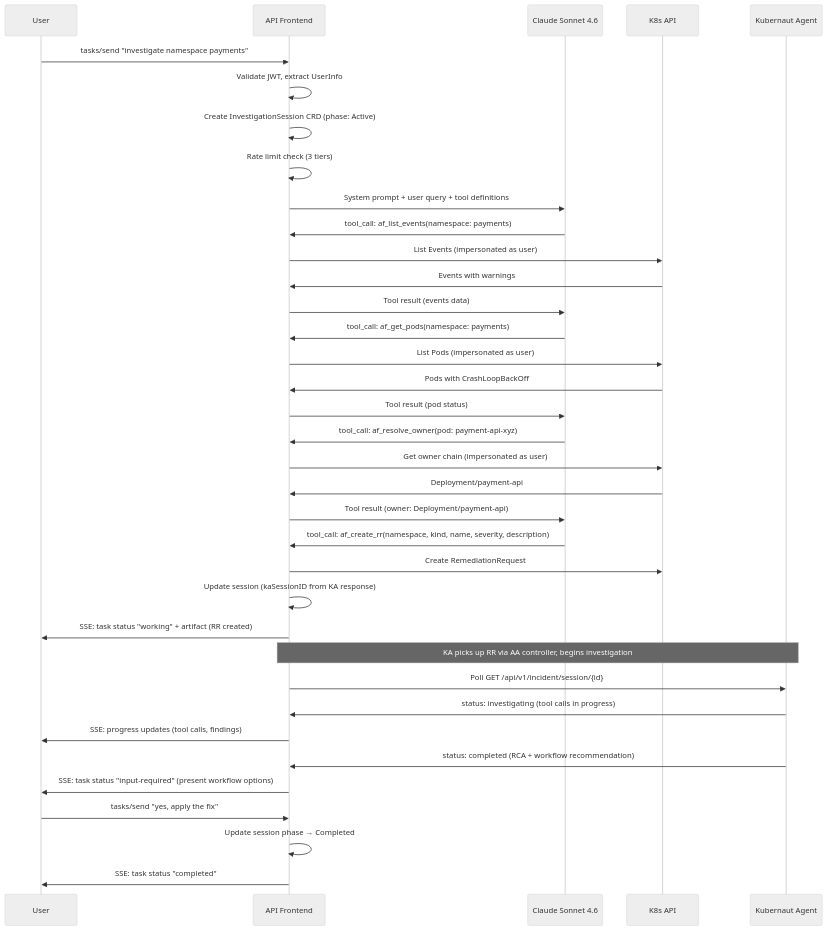
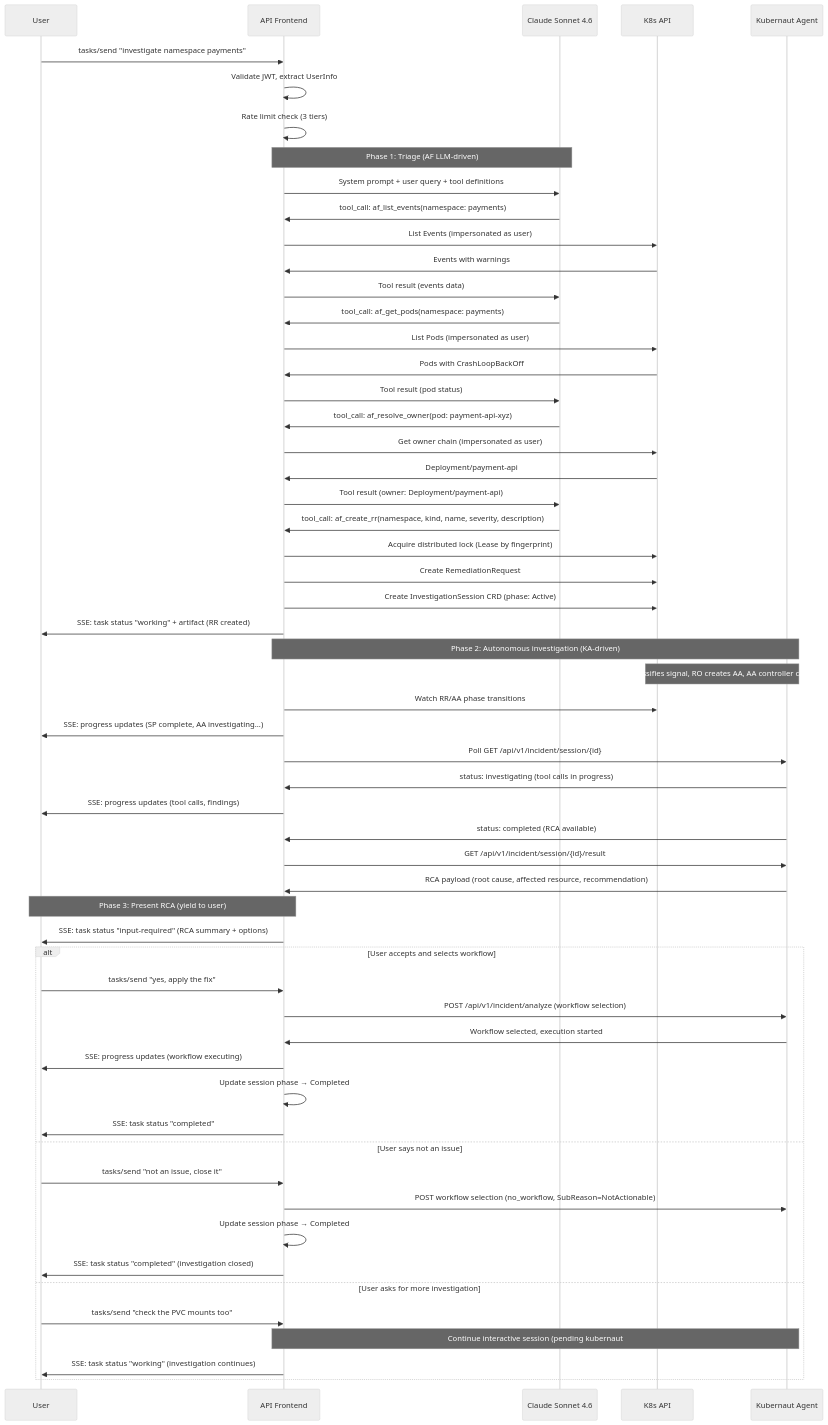
The third of 7 diagrams in docs/design/ARCHITECTURE.md (jordigilh/kubernaut), drawn with Mermaid (neutral theme) before and after one commit. The commit also changed other lines of this file and 1 other file, not shown here.

Commit message:
docs: fix 8 discrepancies between docs and design plans
D1: Correct pkg/gateway/fingerprint to pkg/gateway/types (verified
    against KA source — ResolveFingerprint lives in package types)
D4: Move InvestigationSession creation to after RR creation in
    Flow 1 sequence diagram (triage must confirm issue first)
D5: Add Phase 2 interactive REST endpoints (takeover, message,
    cancel) as pending kubernaut#874 in KA REST API contract
D6: Remove duplicate cleanup controller from internal/session/
    (keep controller-runtime convention in internal/controller/)
D7: Expand Flow 1 to show RCA presentation with 3 user choices
    (accept workflow, not-an-issue, keep investigating)
D8: Rename af_check_managed to af_check_existing_rr (dedup only;
    scope checking is internal, not an LLM tool)
D9: Add pkg/gateway/processing to ADR-009 import list

D2+D3 resolved: 30 req/min and 10 concurrent confirmed as canonical
defaults (ARCHITECTURE.md already had correct values).

````diff
--- a/docs/design/ARCHITECTURE.md
+++ b/docs/design/ARCHITECTURE.md
@@ -238,39 +237,64 @@
 ```mermaid
 sequenceDiagram
     participant User
     participant AF as API Frontend
     participant LLM as Claude Sonnet 4.6
     participant K8s as K8s API
     participant KA as Kubernaut Agent
 
     User->>AF: tasks/send "investigate namespace payments"
     AF->>AF: Validate JWT, extract UserInfo
-    AF->>AF: Create InvestigationSession CRD (phase: Active)
     AF->>AF: Rate limit check (3 tiers)
+
+    Note over AF,LLM: Phase 1: Triage (AF LLM-driven)
     AF->>LLM: System prompt + user query + tool definitions
     LLM->>AF: tool_call: af_list_events(namespace: payments)
     AF->>K8s: List Events (impersonated as user)
     K8s->>AF: Events with warnings
     AF->>LLM: Tool result (events data)
     LLM->>AF: tool_call: af_get_pods(namespace: payments)
     AF->>K8s: List Pods (impersonated as user)
     K8s->>AF: Pods with CrashLoopBackOff
     AF->>LLM: Tool result (pod status)
     LLM->>AF: tool_call: af_resolve_owner(pod: payment-api-xyz)
     AF->>K8s: Get owner chain (impersonated as user)
     K8s->>AF: Deployment/payment-api
     AF->>LLM: Tool result (owner: Deployment/payment-api)
     LLM->>AF: tool_call: af_create_rr(namespace, kind, name, severity, description)
+    AF->>K8s: Acquire distributed lock (Lease by fingerprint)
     AF->>K8s: Create RemediationRequest
-    AF->>AF: Update session (kaSessionID from KA response)
+    AF->>K8s: Create InvestigationSession CRD (phase: Active)
     AF->>User: SSE: task status "working" + artifact (RR created)
-    Note over AF,KA: KA picks up RR via AA controller, begins investigation
+
+    Note over AF,KA: Phase 2: Autonomous investigation (KA-driven)
+    Note over K8s,KA: SP classifies signal, RO creates AA, AA controller calls KA
+    AF->>K8s: Watch RR/AA phase transitions
+    AF->>User: SSE: progress updates (SP complete, AA investigating...)
     AF->>KA: Poll GET /api/v1/incident/session/{id}
     KA->>AF: status: investigating (tool calls in progress)
     AF->>User: SSE: progress updates (tool calls, findings)
-    KA->>AF: status: completed (RCA + workflow recommendation)
-    AF->>User: SSE: task status "input-required" (present workflow options)
-    User->>AF: tasks/send "yes, apply the fix"
-    AF->>AF: Update session phase → Completed
-    AF->>User: SSE: task status "completed"
+    KA->>AF: status: completed (RCA available)
+    AF->>KA: GET /api/v1/incident/session/{id}/result
+    KA->>AF: RCA payload (root cause, affected resource, recommendation)
+
+    Note over AF,User: Phase 3: Present RCA (yield to user)
+    AF->>User: SSE: task status "input-required" (RCA summary + options)
+
+    alt User accepts and selects workflow
+        User->>AF: tasks/send "yes, apply the fix"
+        AF->>KA: POST /api/v1/incident/analyze (workflow selection)
+        KA->>AF: Workflow selected, execution started
+        AF->>User: SSE: progress updates (workflow executing)
+        AF->>AF: Update session phase → Completed
+        AF->>User: SSE: task status "completed"
+    else User says not an issue
+        User->>AF: tasks/send "not an issue, close it"
+        AF->>KA: POST workflow selection (no_workflow, SubReason=NotActionable)
+        AF->>AF: Update session phase → Completed
+        AF->>User: SSE: task status "completed" (investigation closed)
+    else User asks for more investigation
+        User->>AF: tasks/send "check the PVC mounts too"
+        Note over AF,KA: Continue interactive session (pending kubernaut#874)
+        AF->>User: SSE: task status "working" (investigation continues)
+    end
 ```
````
